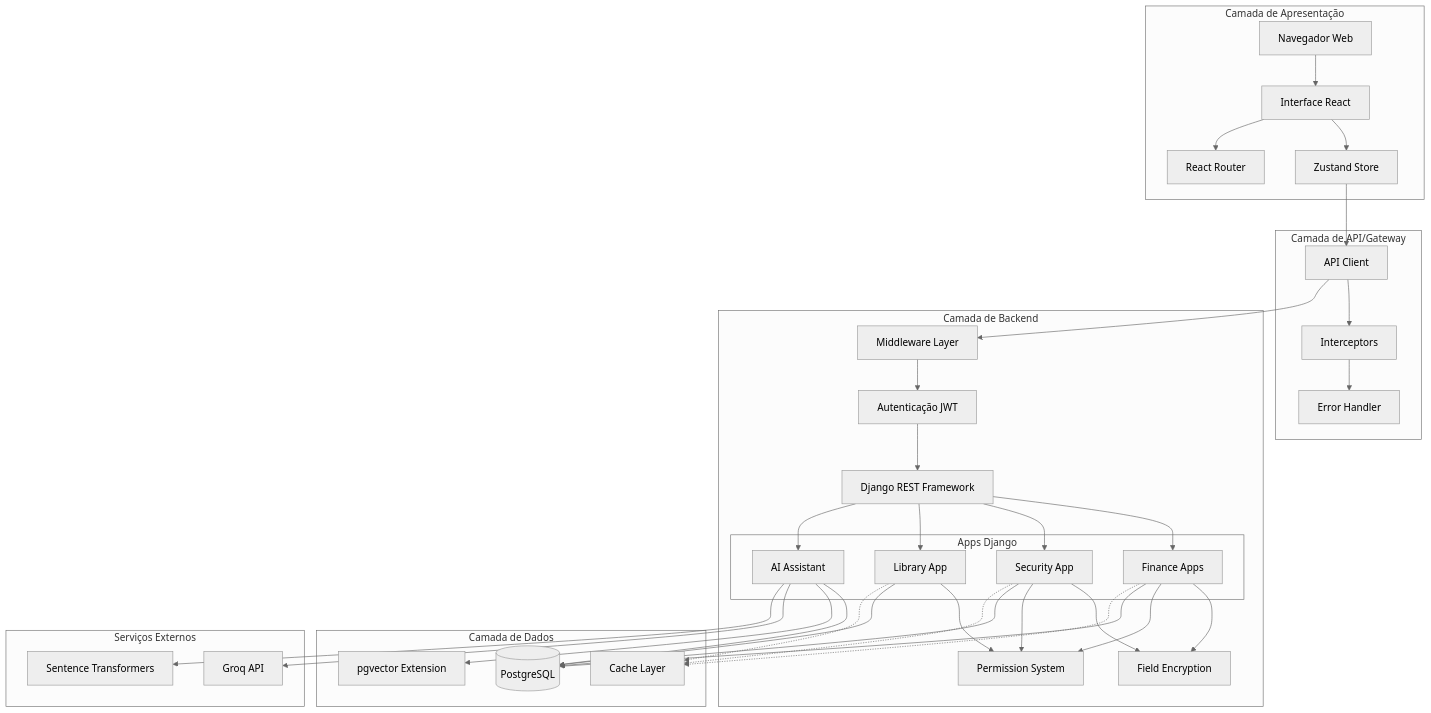
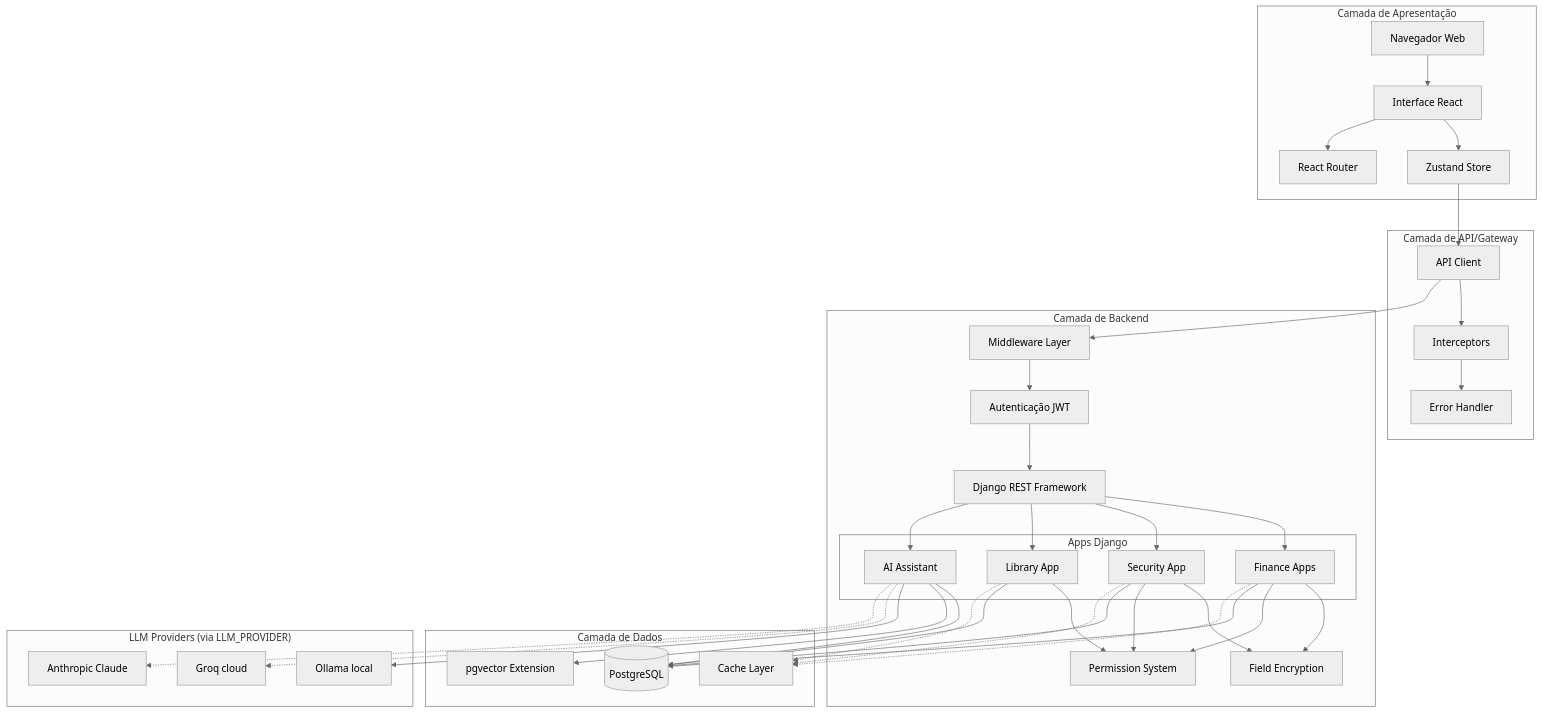
The first of 2 diagrams in documentation/architecture/overview.md (tarcisioribeiro/Axiom), drawn with Mermaid (neutral theme) before and after one commit. The commit also changed other lines of this file and 236 other files, not shown here.

````diff
--- a/documentation/architecture/overview.md
+++ b/documentation/architecture/overview.md
@@ -11,77 +11,79 @@
 ```mermaid
 graph TB
     subgraph "Camada de Apresentação"
         Browser[Navegador Web]
         UI[Interface React]
         Store[Zustand Store]
         Router[React Router]
     end
 
     subgraph "Camada de API/Gateway"
         APIClient[API Client]
         Interceptors[Interceptors]
         ErrorHandler[Error Handler]
     end
 
     subgraph "Camada de Backend"
         Middleware[Middleware Layer]
         Auth[Autenticação JWT]
         DRF[Django REST Framework]
 
         subgraph "Apps Django"
             Finance[Finance Apps]
             Security[Security App]
             Library[Library App]
             AI[AI Assistant]
         end
 
         Encryption[Field Encryption]
         Permissions[Permission System]
     end
 
     subgraph "Camada de Dados"
         PostgreSQL[(PostgreSQL)]
         PGVector[pgvector Extension]
         Cache[Cache Layer]
     end
 
-    subgraph "Serviços Externos"
-        Groq[Groq API]
-        Transformers[Sentence Transformers]
+    subgraph "LLM Providers (via LLM_PROVIDER)"
+        Ollama[Ollama local]
+        Groq[Groq cloud]
+        Anthropic[Anthropic Claude]
     end
 
     Browser --> UI
     UI --> Store
     UI --> Router
     Store --> APIClient
     APIClient --> Interceptors
     Interceptors --> ErrorHandler
 
     APIClient --> Middleware
     Middleware --> Auth
     Auth --> DRF
 
     DRF --> Finance
     DRF --> Security
     DRF --> Library
     DRF --> AI
 
     Finance --> Encryption
     Security --> Encryption
     Finance --> Permissions
     Security --> Permissions
     Library --> Permissions
 
     Finance --> PostgreSQL
     Security --> PostgreSQL
     Library --> PostgreSQL
     AI --> PostgreSQL
     AI --> PGVector
 
     Finance -.-> Cache
     Security -.-> Cache
     Library -.-> Cache
 
-    AI --> Groq
-    AI --> Transformers
+    AI --> Ollama
+    AI -.-> Groq
+    AI -.-> Anthropic
 ```
````
